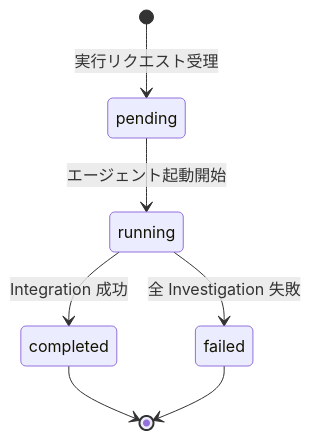
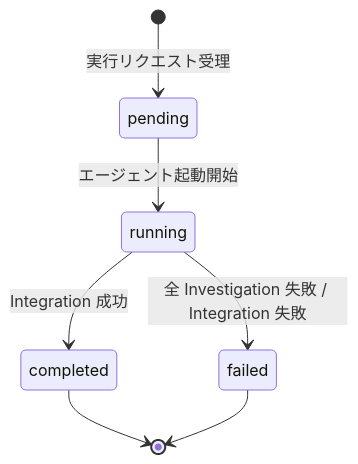
One commit to kuairen-227/agent-team-studio changed the third of 3 diagrams in docs/design/data-model.md. Above: the diagram before and after it, drawn with Mermaid. The commit also changed other lines of this file, not shown here.

````diff
--- a/docs/design/data-model.md
+++ b/docs/design/data-model.md
@@ -146,9 +146,9 @@
 ```mermaid
 stateDiagram-v2
     [*] --> pending : 実行リクエスト受理
     pending --> running : エージェント起動開始
     running --> completed : Integration 成功
-    running --> failed : 全 Investigation 失敗
+    running --> failed : 全 Investigation 失敗 / Integration 失敗
     completed --> [*]
     failed --> [*]
 ```
````
